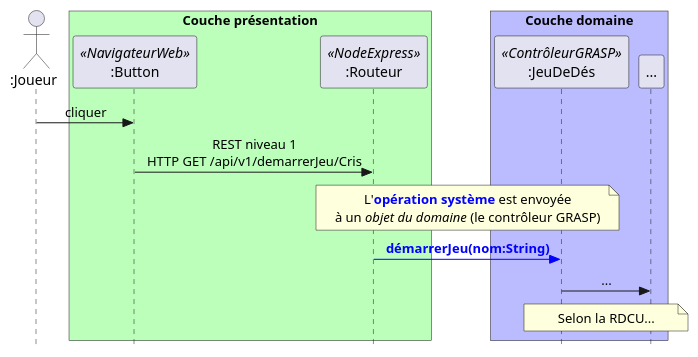
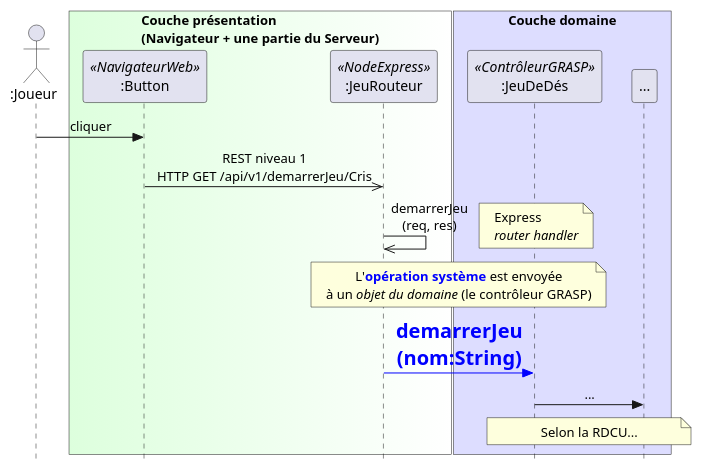
The diagram in docs/dss-details-demarrerJeu.puml (profcfuhrmanets/log210-jeu-de-des-node-express-ts), drawn with PlantUML before and after one commit.

Commit message:
couleurs, plus de détails

```diff
--- a/docs/dss-details-demarrerJeu.puml
+++ b/docs/dss-details-demarrerJeu.puml
@@ -1,25 +1,32 @@
 @startuml
 skinparam style strictuml
 skinparam backgroundcolor transparent
+skinparam participantpadding 10
 'skinparam handwritten true
 skinparam sequenceMessageAlign center
 actor ":Joueur" as j
-box "Couche présentation" #bbffbb
+box "Couche présentation\n(Navigateur + une partie du Serveur)" #ddffdd|ffffff
 participant ":Button" as b <<NavigateurWeb>> 
-participant ":Routeur" as r <<NodeExpress>>
+participant ":JeuRouteur" as r <<NodeExpress>>
 end box
-box "Couche domaine" #bbbbff
+box "Couche domaine" #ddddff
 participant ":JeuDeDés" as c <<ContrôleurGRASP>>
 participant "..." as s
 end box
 j -> b : cliquer
-b -> r : REST niveau 1\nHTTP GET /api/v1/demarrerJeu/Cris
+'note over r : Class du serveur web
+b ->> r : REST niveau 1\nHTTP GET /api/v1/demarrerJeu/Cris
+r ->> r : demarrerJeu\n(req, res)
+note right
+Express
+//router handler//
+end note
 skinparam NoteTextAlignment center
 note over r, c
 L'<color blue>**opération système**</color> est envoyée
 à un //objet du domaine// (le contrôleur GRASP)
 end note
-r -[#blue,bold]> c : <color blue>**démarrerJeu(nom:String)**</color>
+r -[#blue,bold]> c : <color blue><size 20>**demarrerJeu**\n<color blue><size 20>**(nom:String)**</color>
 c -> s : ...
 note over c, s : Selon la RDCU...
 @enduml
```
